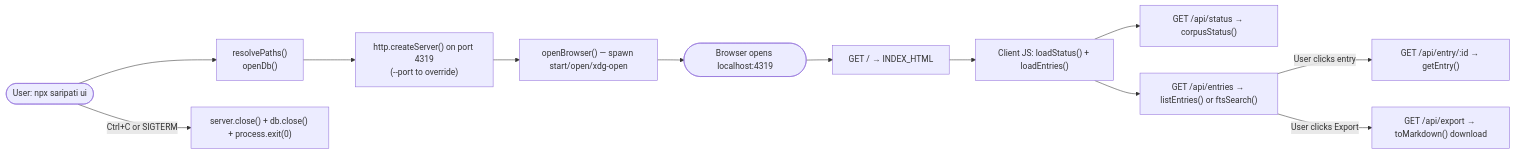
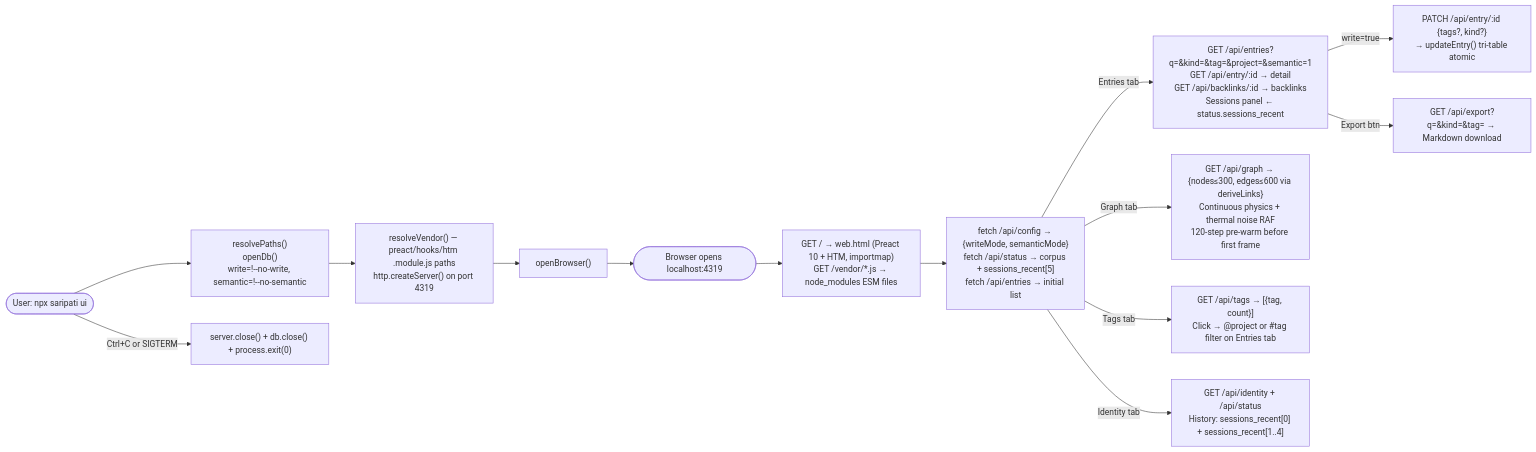
The tenth of 10 diagrams in docs/lifecycle.md (kyouscireul/saripati), drawn with Mermaid before and after one commit. The commit also changed other lines of this file and 26 other files, not shown here.

````diff
--- a/docs/lifecycle.md
+++ b/docs/lifecycle.md
@@ -205,14 +283,18 @@
 ```mermaid
 flowchart LR
-    A([User: npx saripati ui]) --> B["resolvePaths()\nopenDb()"]
-    B --> C["http.createServer() on port 4319\n(--port to override)"]
-    C --> D["openBrowser() — spawn start/open/xdg-open"]
+    A([User: npx saripati ui]) --> B["resolvePaths()\nopenDb()\nwrite=!--no-write, semantic=!--no-semantic"]
+    B --> C["resolveVendor() — preact/hooks/htm .module.js paths\nhttp.createServer() on port 4319"]
+    C --> D["openBrowser()"]
     D --> E([Browser opens localhost:4319])
-    E --> F["GET /  → INDEX_HTML"]
-    F --> G["Client JS: loadStatus() + loadEntries()"]
-    G --> H["GET /api/status → corpusStatus()"]
-    G --> I["GET /api/entries → listEntries() or ftsSearch()"]
-    I -->|User clicks entry| J["GET /api/entry/:id → getEntry()"]
-    I -->|User clicks Export| K["GET /api/export → toMarkdown() download"]
-    A -->|Ctrl+C or SIGTERM| L["server.close() + db.close() + process.exit(0)"]
+    E --> F["GET / → web.html (Preact 10 + HTM, importmap)\nGET /vendor/*.js → node_modules ESM files"]
+    F --> G["fetch /api/config → {writeMode, semanticMode}\nfetch /api/status → corpus + sessions_recent[5]\nfetch /api/entries → initial list"]
+
+    G -->|Entries tab| H["GET /api/entries?q=&kind=&tag=&project=&semantic=1\nGET /api/entry/:id → detail\nGET /api/backlinks/:id → backlinks\nSessions panel ← status.sessions_recent"]
+    G -->|Graph tab| I["GET /api/graph → {nodes≤300, edges≤600 via deriveLinks}\nContinuous physics + thermal noise RAF\n120-step pre-warm before first frame"]
+    G -->|Tags tab| J["GET /api/tags → [{tag, count}]\nClick → @project or #tag filter on Entries tab"]
+    G -->|Identity tab| K["GET /api/identity + /api/status\nHistory: sessions_recent[0] + sessions_recent[1..4]"]
+
+    H -->|write=true| L["PATCH /api/entry/:id {tags?, kind?}\n→ updateEntry() tri-table atomic"]
+    H -->|Export btn| M["GET /api/export?q=&kind=&tag= → Markdown download"]
+    A -->|Ctrl+C or SIGTERM| N["server.close() + db.close() + process.exit(0)"]
 ```
````
